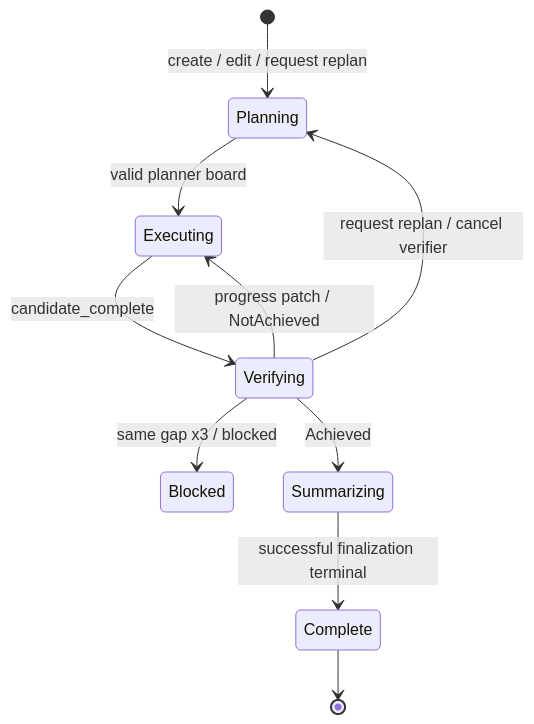
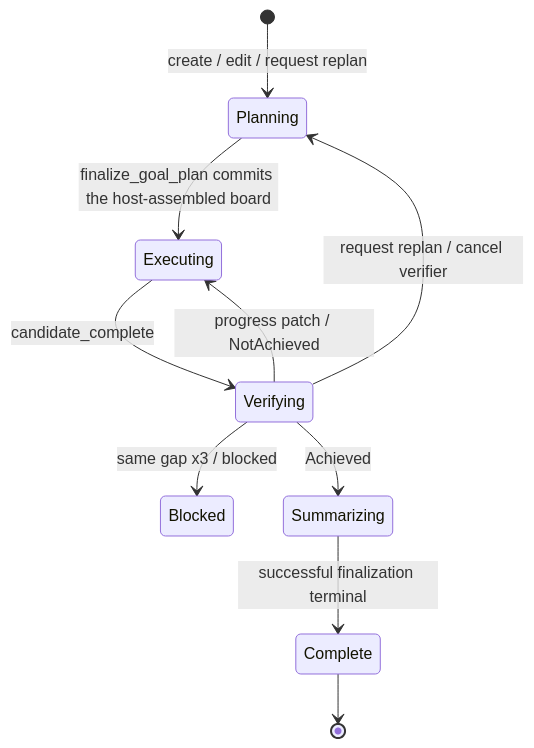
The diagram in docs/architecture/goal-continuation.md (LordCasser/grow), drawn with Mermaid before and after one commit. The commit also changed other lines of this file and 44 other files, not shown here.

````diff
--- a/docs/architecture/goal-continuation.md
+++ b/docs/architecture/goal-continuation.md
@@ -79,12 +79,12 @@
 ```mermaid
 stateDiagram-v2
     [*] --> Planning: create / edit / request replan
-    Planning --> Executing: valid planner board
+    Planning --> Executing: finalize_goal_plan commits the host-assembled board
     Executing --> Verifying: candidate_complete
     Verifying --> Planning: request replan / cancel verifier
     Verifying --> Executing: progress patch / NotAchieved
     Verifying --> Blocked: same gap x3 / blocked
     Verifying --> Summarizing: Achieved
     Summarizing --> Complete: successful finalization terminal
     Complete --> [*]
 ```
````
